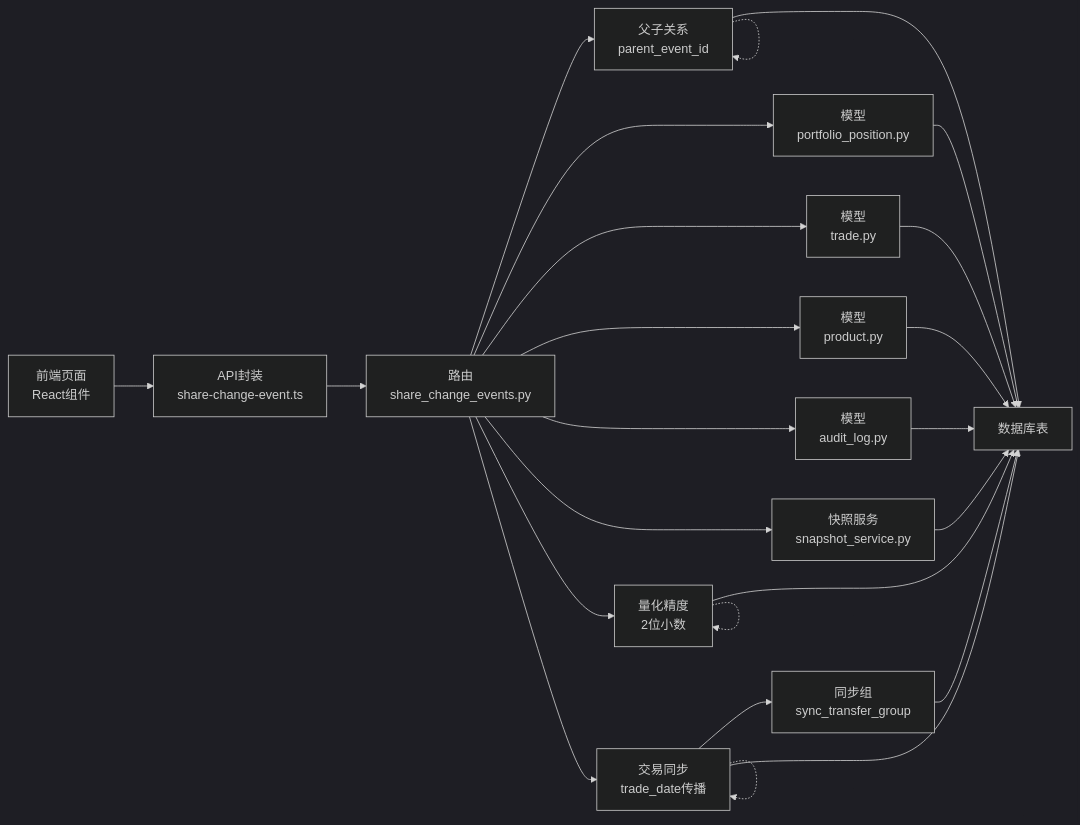
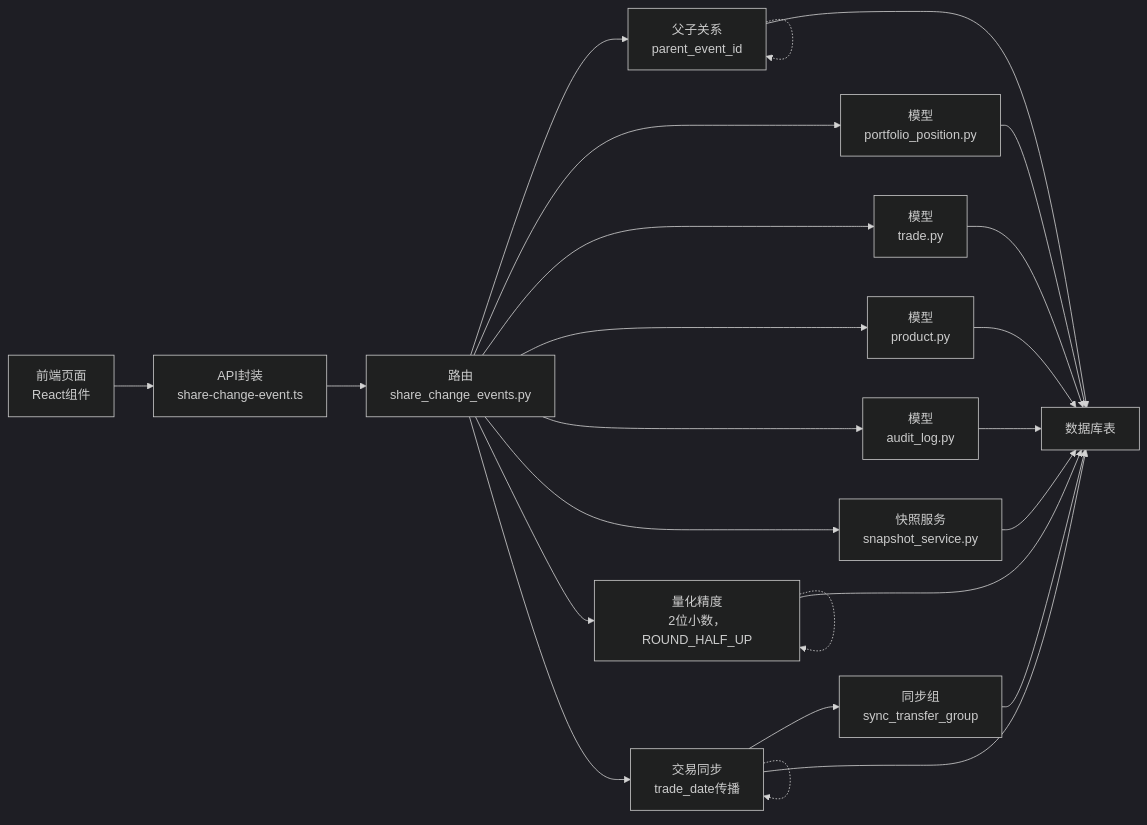
The third of 3 diagrams in .qoder/repowiki/zh/content/核心业务功能/份额变动事件.md (gujialind/InvestRing), drawn with Mermaid (dark theme) before and after one commit. The commit also changed other lines of this file and 32 other files, not shown here.

````diff
--- a/.qoder/repowiki/zh/content/核心业务功能/份额变动事件.md
+++ b/.qoder/repowiki/zh/content/核心业务功能/份额变动事件.md
@@ -466,26 +468,26 @@
 ```mermaid
 graph LR
 R["路由<br/>share_change_events.py"] --> M["模型<br/>share_change_event.py"]
 R --> P["模型<br/>portfolio_position.py"]
 R --> T["模型<br/>trade.py"]
 R --> PR["模型<br/>product.py"]
 R --> A["模型<br/>audit_log.py"]
 R --> SS["快照服务<br/>snapshot_service.py"]
 R --> Q["量化工具<br/>quantize.py"]
 R --> TS["交易服务<br/>trade_service.py"]
 TS --> STG["同步组<br/>sync_transfer_group"]
 M --> DB["数据库表"]
 P --> DB
 T --> DB
 PR --> DB
 A --> DB
 SS --> DB
 Q --> DB
 TS --> DB
 STG --> DB
 FE["前端页面<br/>React组件"] --> API["API封装<br/>share-change-event.ts"]
 API --> R
 M -.-> M["父子关系<br/>parent_event_id"]
-Q -.-> Q["量化精度<br/>2位小数"]
+Q -.-> Q["量化精度<br/>2位小数，ROUND_HALF_UP"]
 TS -.-> TS["交易同步<br/>trade_date传播"]
 ```
````
